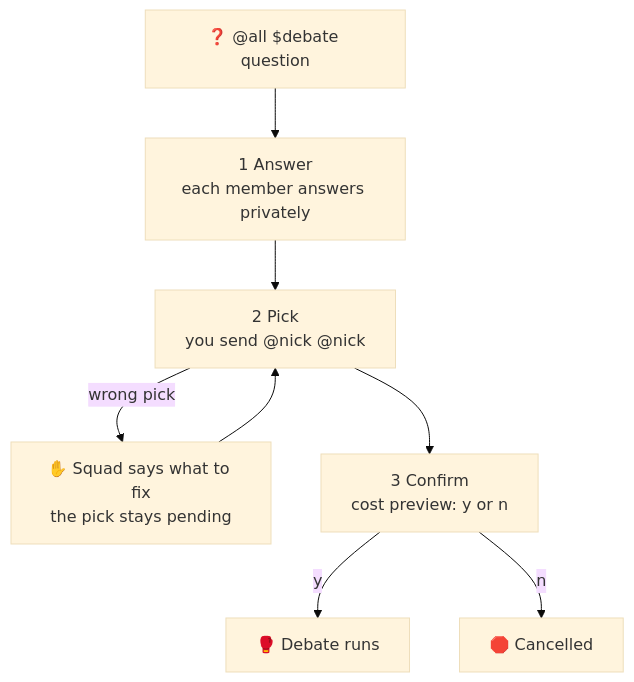
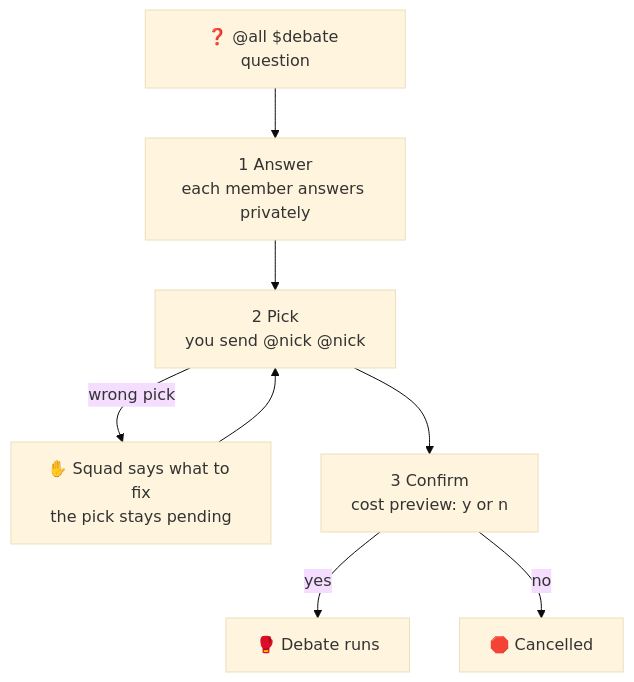
The third of 9 diagrams in README.md (shoemoney/squad), drawn with Mermaid (base theme) before and after one commit. The commit also changed other lines of this file, not shown here.

Commit message:
docs: 📖✨ README fix round: Linux archive TL;DR, readable split cost charts, 18-mode badges, fenced starters, emoji comparison rows, lighter GIF load 🚀

````diff
--- a/README.md
+++ b/README.md
@@ -1029,10 +1035,10 @@
 ```mermaid
 flowchart TD
     Q["❓ @all $debate question"] --> A["1 Answer<br/>each member answers privately"]
     A --> P["2 Pick<br/>you send @nick @nick"]
     P -->|wrong pick| W["✋ Squad says what to fix<br/>the pick stays pending"]
     W --> P
     P --> C["3 Confirm<br/>cost preview: y or n"]
-    C -->|y| D["🥊 Debate runs"]
-    C -->|n| X["🛑 Cancelled"]
+    C -->|yes| D["🥊 Debate runs"]
+    C -->|no| X["🛑 Cancelled"]
 ```
````
